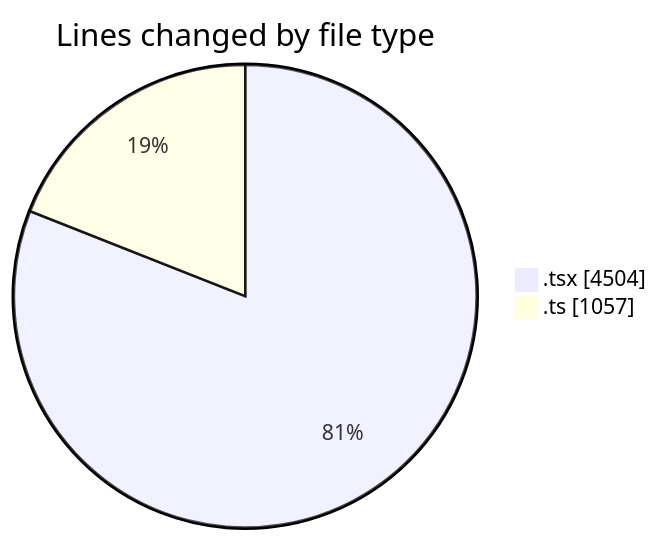
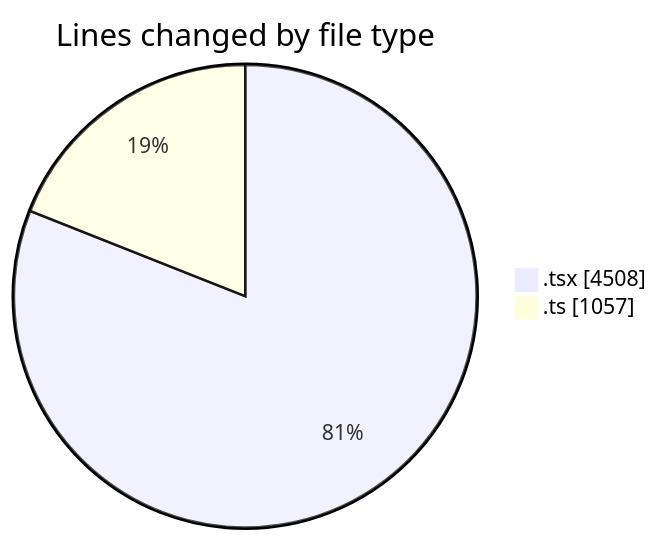
Before and after one commit to momahboobian/code-tracking: the first of 2 diagrams in 2025-07-02/cda/README.md, drawn with Mermaid. The commit also changed other lines of this file and 1 other file, not shown here.

````diff
--- a/2025-07-02/cda/README.md
+++ b/2025-07-02/cda/README.md
@@ -32,6 +32,6 @@
 ```mermaid
 pie showData
 title Lines changed by file type
-".tsx" : 4504
+".tsx" : 4508
 ".ts" : 1057
 ```
````
